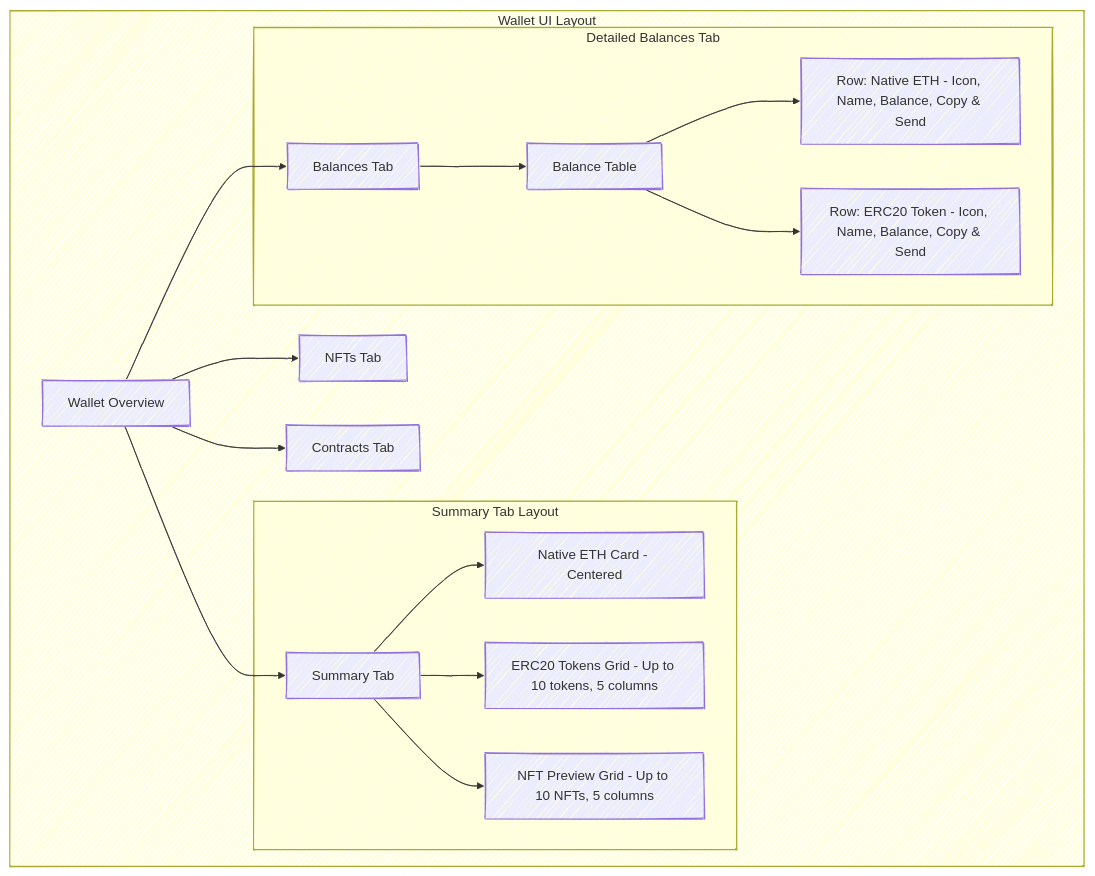
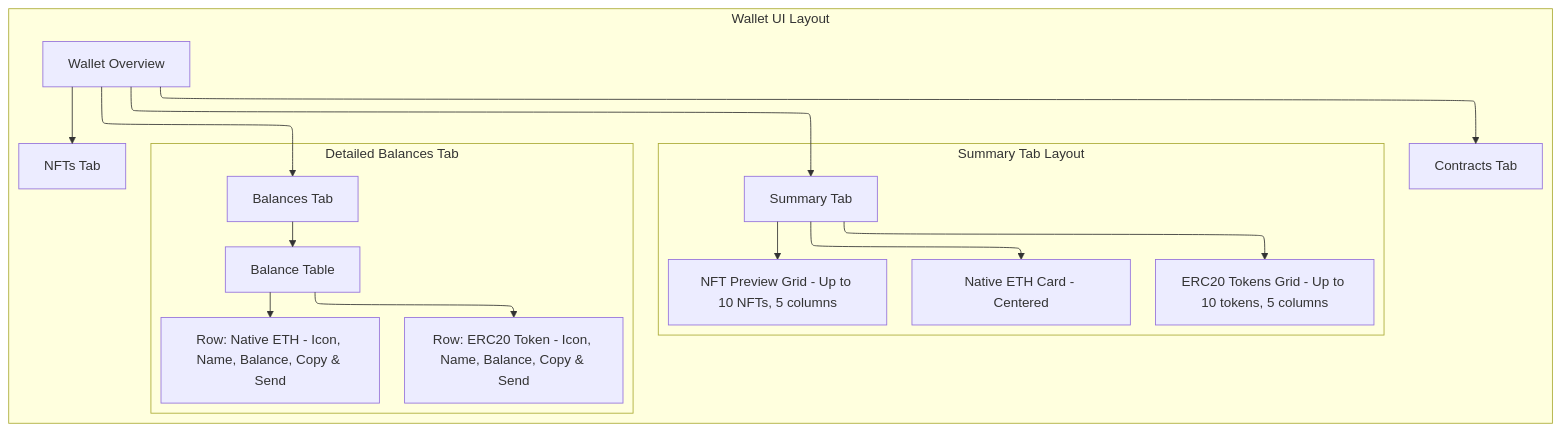
One commit to CheyneWeb3/InHaus-NFT-Smart-Wallets-ERC6551 changed the second of 2 diagrams in README.md. Above: the diagram before and after it, drawn with Mermaid.

````diff
--- a/README.md
+++ b/README.md
@@ -145,33 +145,33 @@
 ```mermaid
 ---
 config:
-  layout: fixed
   theme: mc
-  look: handDrawn
+  look: classic
+  layout: elk
 ---
 flowchart TD
  subgraph SummaryTab["Summary Tab Layout"]
         L1["Native ETH Card - Centered"]
         L2["ERC20 Tokens Grid - Up to 10 tokens, 5 columns"]
         L3["NFT Preview Grid - Up to 10 NFTs, 5 columns"]
         L["Summary Tab"]
   end
  subgraph BalancesTab["Detailed Balances Tab"]
         M1["Balance Table"]
         M2["Row: Native ETH - Icon, Name, Balance, Copy & Send"]
         M3["Row: ERC20 Token - Icon, Name, Balance, Copy & Send"]
         M["Balances Tab"]
   end
  subgraph UIOverview["Wallet UI Layout"]
         K["Wallet Overview"]
         N["NFTs Tab"]
         O["Contracts Tab"]
         SummaryTab
         BalancesTab
   end
     K --> L & M & N & O
     L --> L1 & L2 & L3
     M1 --> M2 & M3
     M --> M1
 
 ```
````
